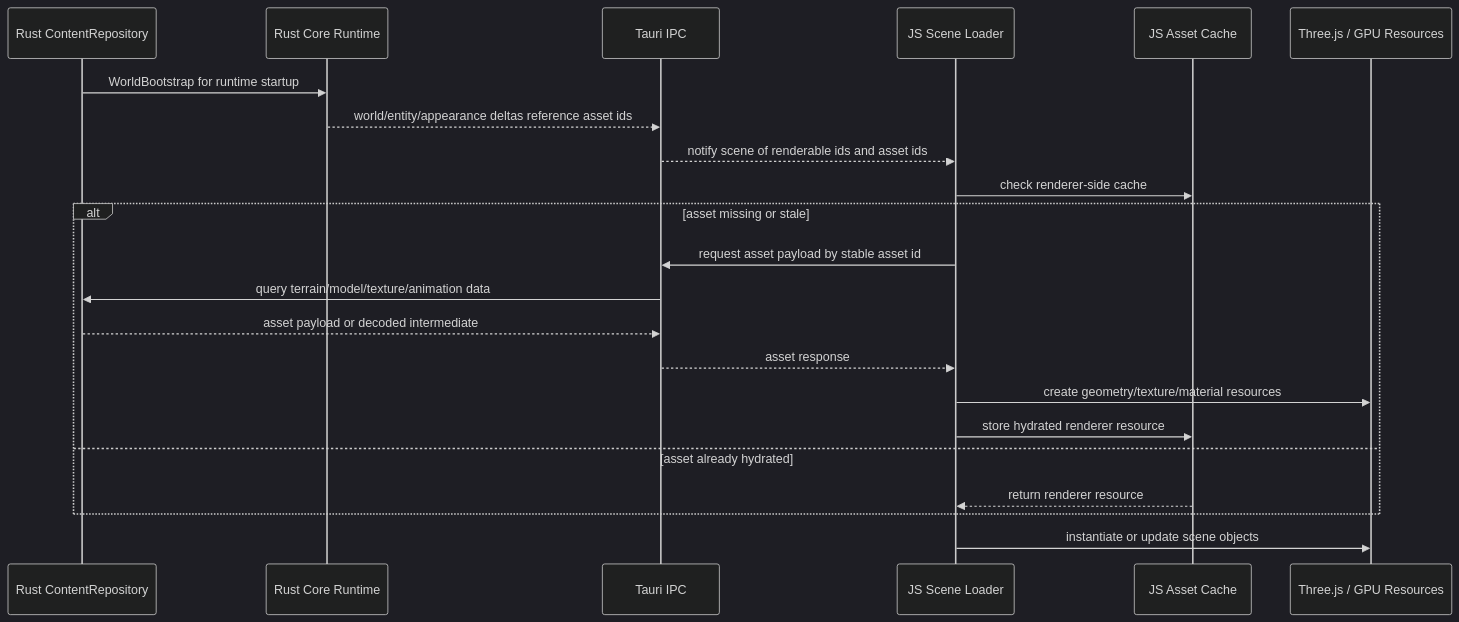
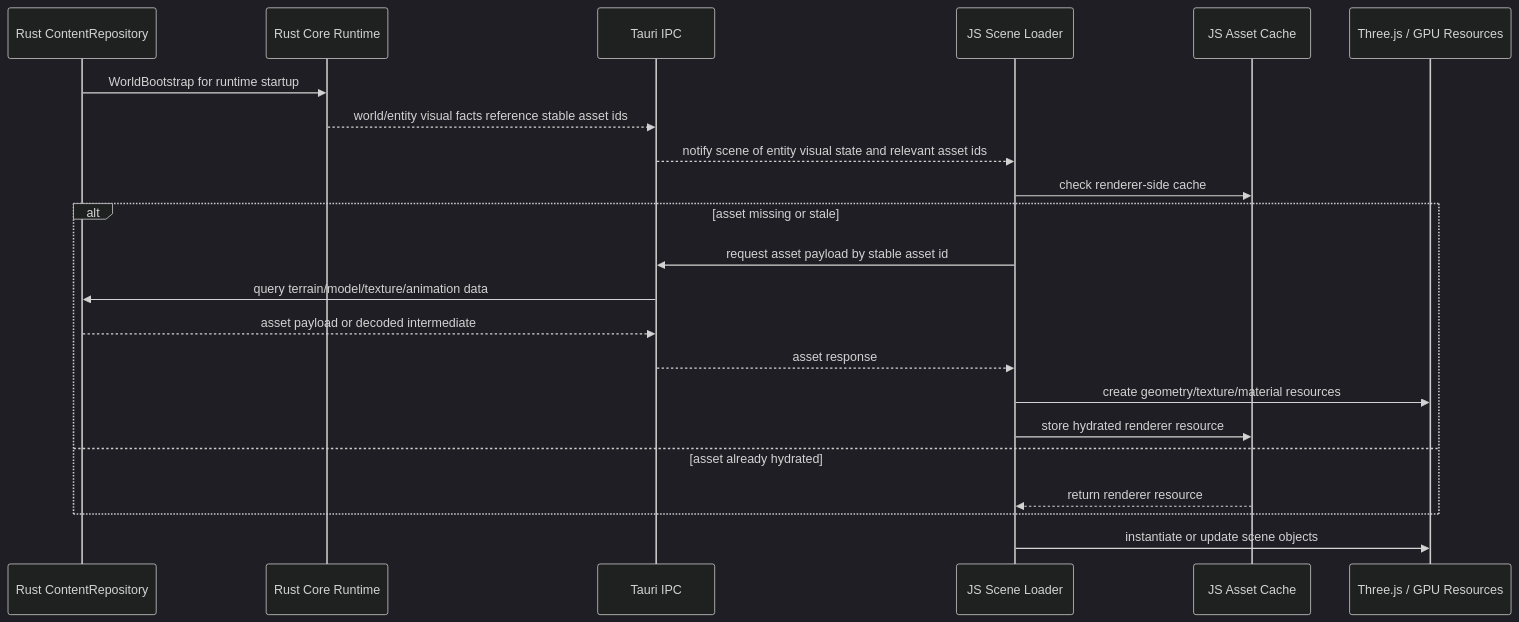
Before and after one commit to merklejerk/holtburger: the third of 4 diagrams in docs/plans/holtburger-3d-scoping-plan.md, drawn with Mermaid (dark theme). The commit also changed other lines of this file and 13 other files, not shown here.

````diff
--- a/docs/plans/holtburger-3d-scoping-plan.md
+++ b/docs/plans/holtburger-3d-scoping-plan.md
@@ -368,27 +368,27 @@
 ```mermaid
 sequenceDiagram
   participant Content as Rust ContentRepository
   participant Core as Rust Core Runtime
   participant IPC as Tauri IPC
   participant Scene as JS Scene Loader
   participant Cache as JS Asset Cache
   participant GPU as Three.js / GPU Resources
 
   Content->>Core: WorldBootstrap for runtime startup
-  Core-->>IPC: world/entity/appearance deltas reference asset ids
-  IPC-->>Scene: notify scene of renderable ids and asset ids
+  Core-->>IPC: world/entity visual facts reference stable asset ids
+  IPC-->>Scene: notify scene of entity visual state and relevant asset ids
 
   Scene->>Cache: check renderer-side cache
   alt asset missing or stale
     Scene->>IPC: request asset payload by stable asset id
     IPC->>Content: query terrain/model/texture/animation data
     Content-->>IPC: asset payload or decoded intermediate
     IPC-->>Scene: asset response
     Scene->>GPU: create geometry/texture/material resources
     Scene->>Cache: store hydrated renderer resource
   else asset already hydrated
     Cache-->>Scene: return renderer resource
   end
 
   Scene->>GPU: instantiate or update scene objects
 ```
````
